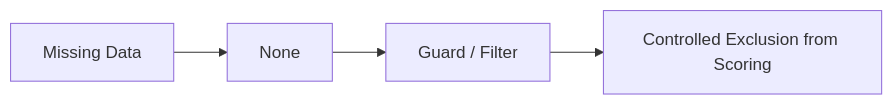
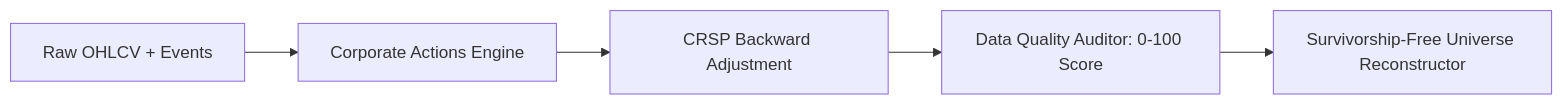
Before and after one commit to erenkbgc/bist-screener-v9: the fourth of 8 diagrams in README.md, drawn with Mermaid. The commit also changed other lines of this file and 15 other files, not shown here.

Commit message:
feat: implement Data Quality, Portfolio Optimization, Factor Disclosure, Sector Neutralization, and Corporate Actions (v13 P0-4 through P1-8)

````diff
--- a/README.md
+++ b/README.md
@@ -252,6 +289,7 @@
 ```mermaid
 flowchart LR
-    A[Missing Data] --> B[None]
-    B --> C[Guard / Filter]
-    C --> D[Controlled Exclusion from Scoring]
+    A[Raw OHLCV + Events] --> B[Corporate Actions Engine]
+    B --> C[CRSP Backward Adjustment]
+    C --> D[Data Quality Auditor: 0-100 Score]
+    D --> E[Survivorship-Free Universe Reconstructor]
 ```
````
